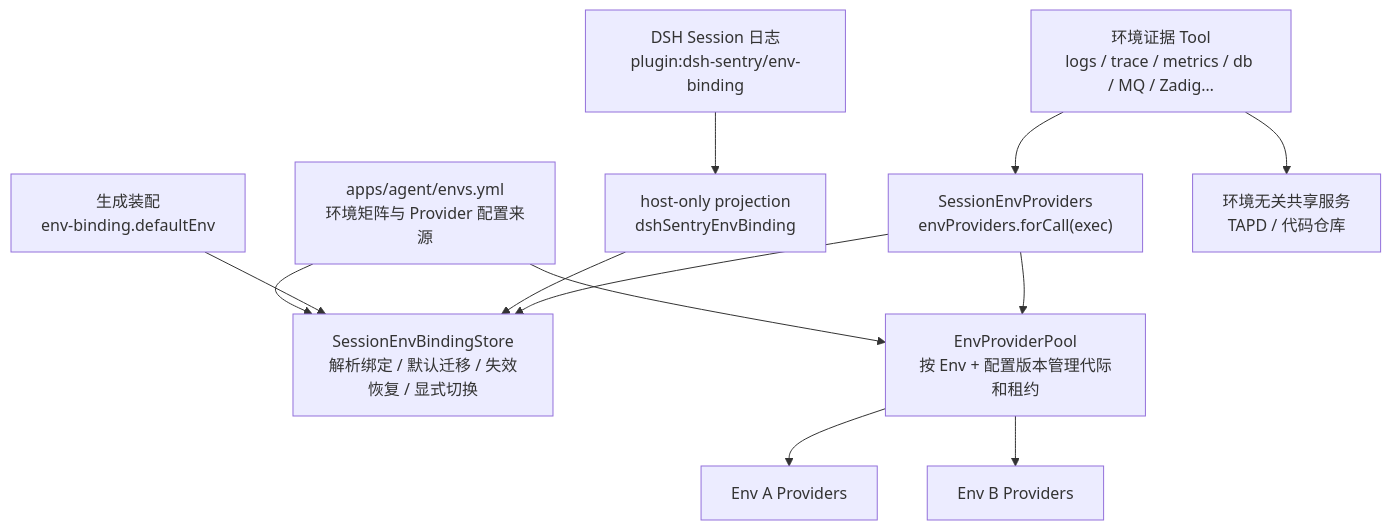
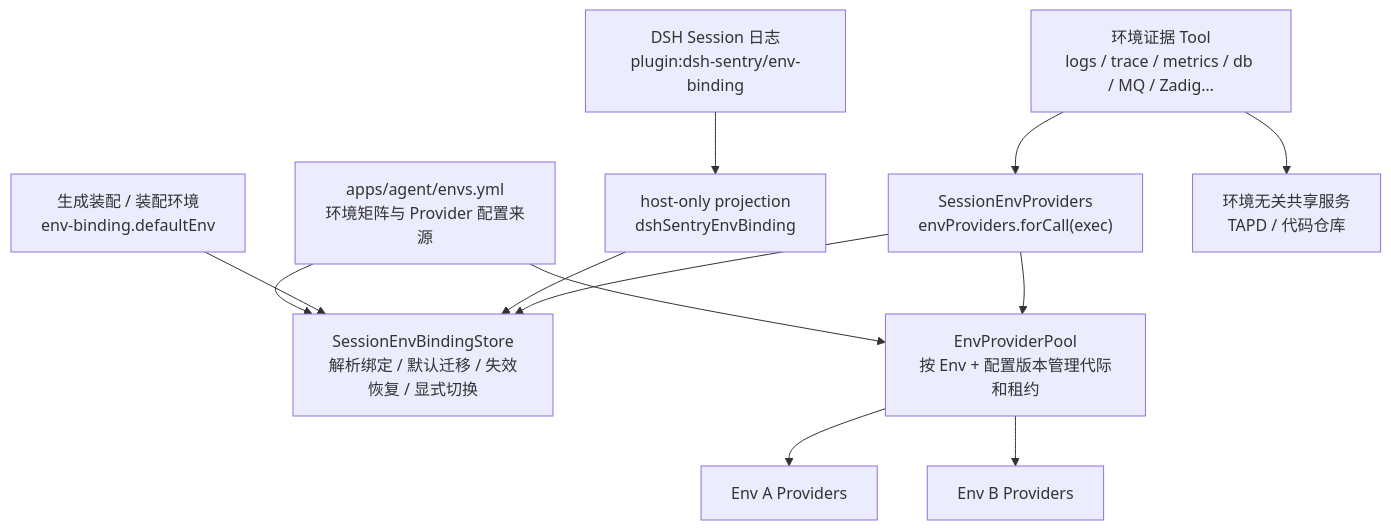
Before and after one commit to lynn-hector/endurance-sage: the first of 2 diagrams in docs/architecture/session-env-routing.md, drawn with Mermaid. The commit also changed other lines of this file and 32 other files, not shown here.

````diff
--- a/docs/architecture/session-env-routing.md
+++ b/docs/architecture/session-env-routing.md
@@ -39,25 +39,25 @@
 ```mermaid
 flowchart TB
     matrix["apps/agent/envs.yml<br/>环境矩阵与 Provider 配置来源"]
-    assembly["生成装配<br/>env-binding.defaultEnv"]
+    assembly["生成装配 / 装配环境<br/>env-binding.defaultEnv"]
     log["DSH Session 日志<br/>plugin:dsh-sentry/env-binding"]
     projection["host-only projection<br/>dshSentryEnvBinding"]
     binding["SessionEnvBindingStore<br/>解析绑定 / 默认迁移 / 失效恢复 / 显式切换"]
     facade["SessionEnvProviders<br/>envProviders.forCall(exec)"]
     pool["EnvProviderPool<br/>按 Env + 配置版本管理代际和租约"]
     tool["环境证据 Tool<br/>logs / trace / metrics / db / MQ / Zadig…"]
     pa["Env A Providers"]
     pb["Env B Providers"]
     shared["环境无关共享服务<br/>TAPD / 代码仓库"]
 
     matrix --> binding
     matrix --> pool
     assembly --> binding
     log --> projection --> binding
     tool --> facade
     facade --> binding
     facade --> pool
     pool --> pa
     pool --> pb
     tool --> shared
 ```
````
